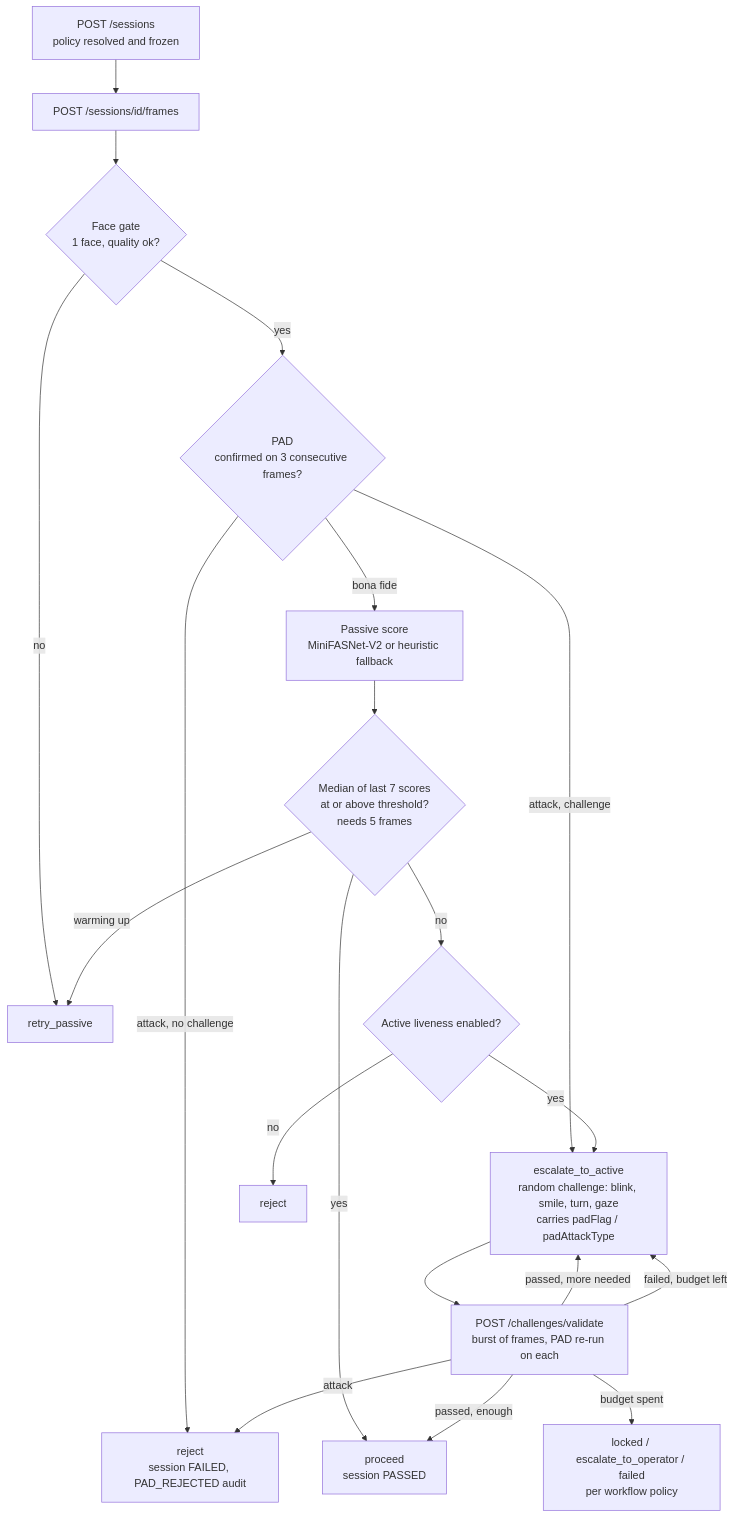
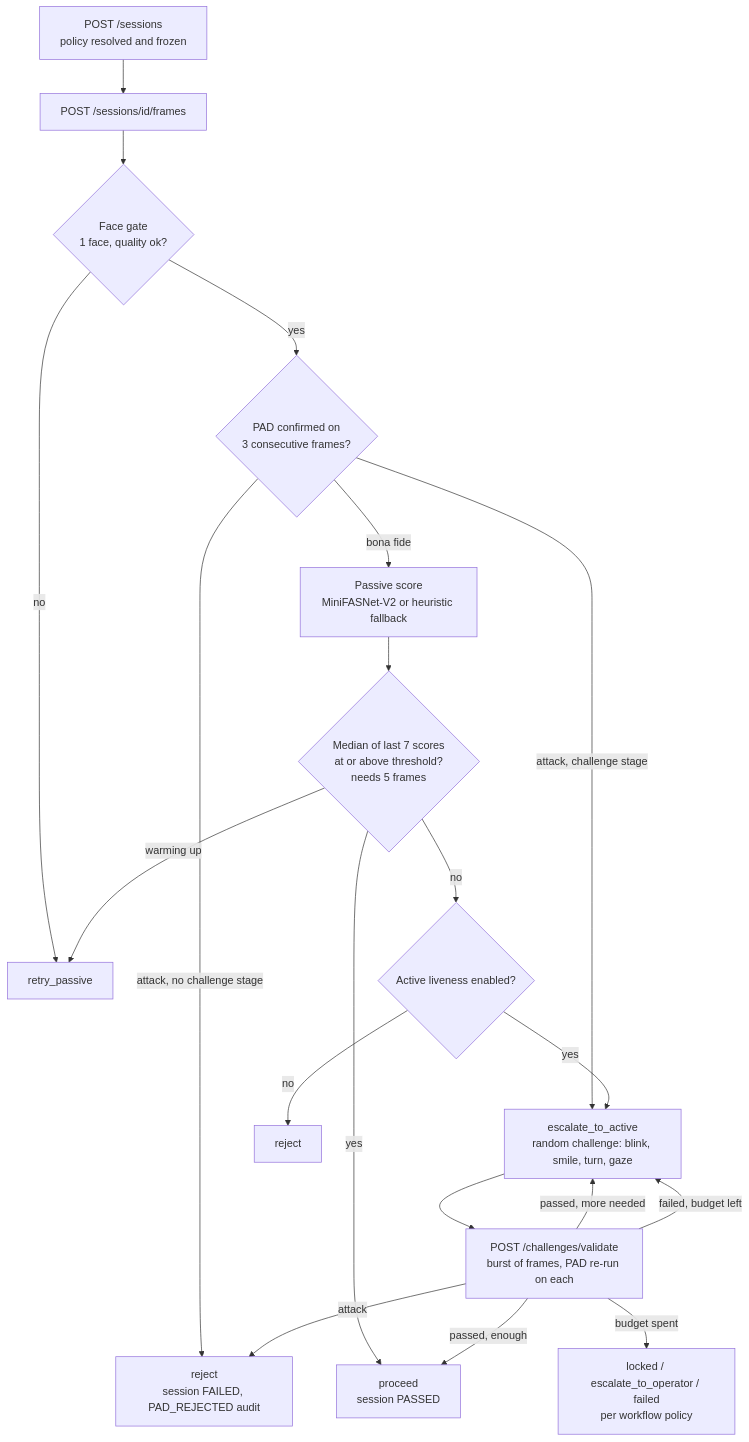
The second of 2 diagrams in README.md (hrishi25-spec/Face-Liveliness-Console), drawn with Mermaid before and after one commit. The commit also changed other lines of this file, not shown here.

````diff
--- a/README.md
+++ b/README.md
@@ -95,22 +97,22 @@
 ```mermaid
 flowchart TD
-    A[POST /sessions<br/>policy resolved and frozen] --> B[POST /sessions/id/frames]
-    B --> C{Face gate<br/>1 face, quality ok?}
-    C -- no --> R1[retry_passive]
-    C -- yes --> D{PAD<br/>confirmed on 3 consecutive frames?}
-    D -- attack, no challenge --> X[reject<br/>session FAILED, PAD_REJECTED audit]
-    D -- attack, challenge --> H
-    D -- bona fide --> E[Passive score<br/>MiniFASNet-V2 or heuristic fallback]
-    E --> F{Median of last 7 scores<br/>at or above threshold?<br/>needs 5 frames}
-    F -- warming up --> R1
-    F -- yes --> P[proceed<br/>session PASSED]
-    F -- no --> G{Active liveness enabled?}
-    G -- no --> X2[reject]
-    G -- yes --> H[escalate_to_active<br/>random challenge: blink, smile, turn, gaze<br/>carries padFlag / padAttackType]
-    H --> I[POST /challenges/validate<br/>burst of frames, PAD re-run on each]
+    A["POST /sessions<br/>policy resolved and frozen"] --> B["POST /sessions/id/frames"]
+    B --> C{"Face gate<br/>1 face, quality ok?"}
+    C -- no --> R1["retry_passive"]
+    C -- yes --> D{"PAD confirmed on<br/>3 consecutive frames?"}
+    D -- "attack, no challenge stage" --> X["reject<br/>session FAILED, PAD_REJECTED audit"]
+    D -- "attack, challenge stage" --> H
+    D -- "bona fide" --> E["Passive score<br/>MiniFASNet-V2 or heuristic fallback"]
+    E --> F{"Median of last 7 scores<br/>at or above threshold?<br/>needs 5 frames"}
+    F -- "warming up" --> R1
+    F -- yes --> P["proceed<br/>session PASSED"]
+    F -- no --> G{"Active liveness enabled?"}
+    G -- no --> X2["reject"]
+    G -- yes --> H["escalate_to_active<br/>random challenge: blink, smile, turn, gaze"]
+    H --> I["POST /challenges/validate<br/>burst of frames, PAD re-run on each"]
     I -- attack --> X
-    I -- passed, more needed --> H
-    I -- passed, enough --> P
-    I -- failed, budget left --> H
-    I -- budget spent --> T[locked / escalate_to_operator / failed<br/>per workflow policy]
+    I -- "passed, more needed" --> H
+    I -- "passed, enough" --> P
+    I -- "failed, budget left" --> H
+    I -- "budget spent" --> T["locked / escalate_to_operator / failed<br/>per workflow policy"]
 ```
````
